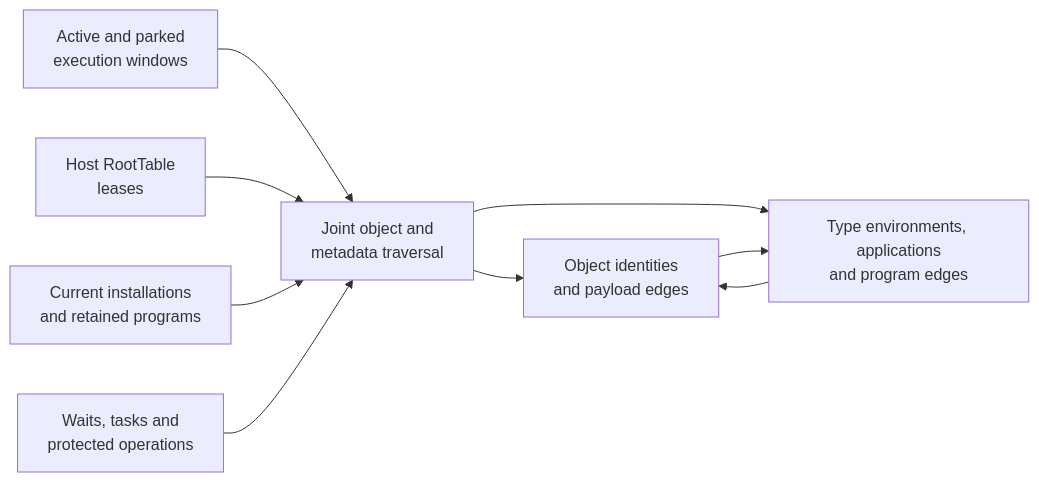
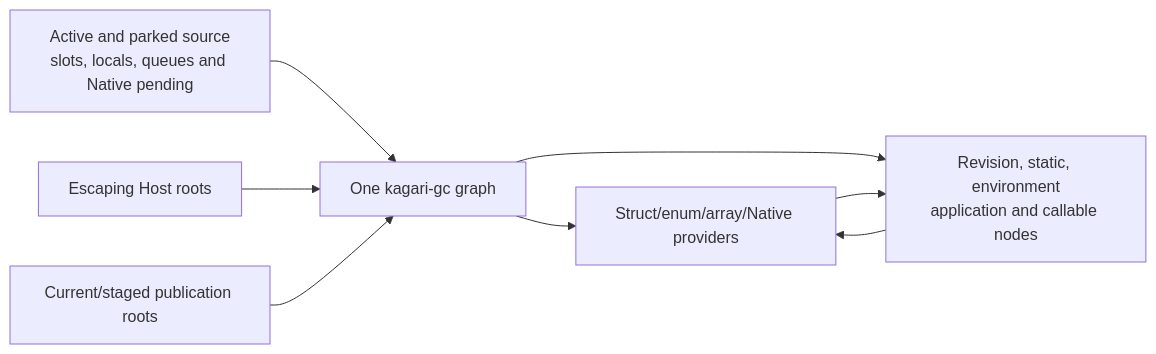
The second of 3 diagrams in docs/architecture/runtime.md (kagari-lang/kagari), drawn with Mermaid before and after one commit. The commit also changed other lines of this file and 22 other files, not shown here.

````diff
--- a/docs/architecture/runtime.md
+++ b/docs/architecture/runtime.md
@@ -383,11 +375,10 @@
 ```mermaid
 flowchart LR
-    ACTIVE["Active and parked<br/>execution windows"] --> ROOTS["Joint object and<br/>metadata traversal"]
-    HOST["Host RootTable<br/>leases"] --> ROOTS
-    INSTALL["Current installations<br/>and retained programs"] --> ROOTS
-    PENDING["Waits, tasks and<br/>protected operations"] --> ROOTS
-    ROOTS --> OBJECT["Object identities<br/>and payload edges"]
-    ROOTS --> META["Type environments, applications<br/>and program edges"]
-    OBJECT --> META
-    META --> OBJECT
+    SOURCE["Active and parked source<br/>slots, locals, queues and Native pending"] --> HEAP["One kagari-gc graph"]
+    HOST["Escaping Host roots"] --> HEAP
+    INSTALL["Current/staged publication roots"] --> HEAP
+    HEAP --> OBJ["Struct/enum/array/Native providers"]
+    HEAP --> META["Revision, static, environment<br/>application and callable nodes"]
+    OBJ --> META
+    META --> OBJ
 ```
````
